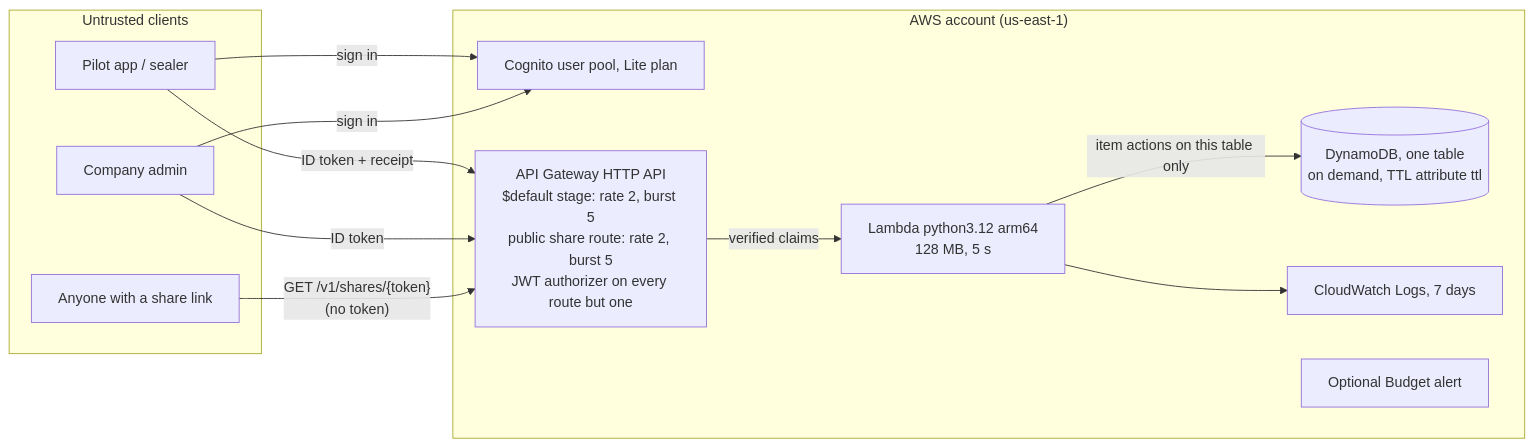
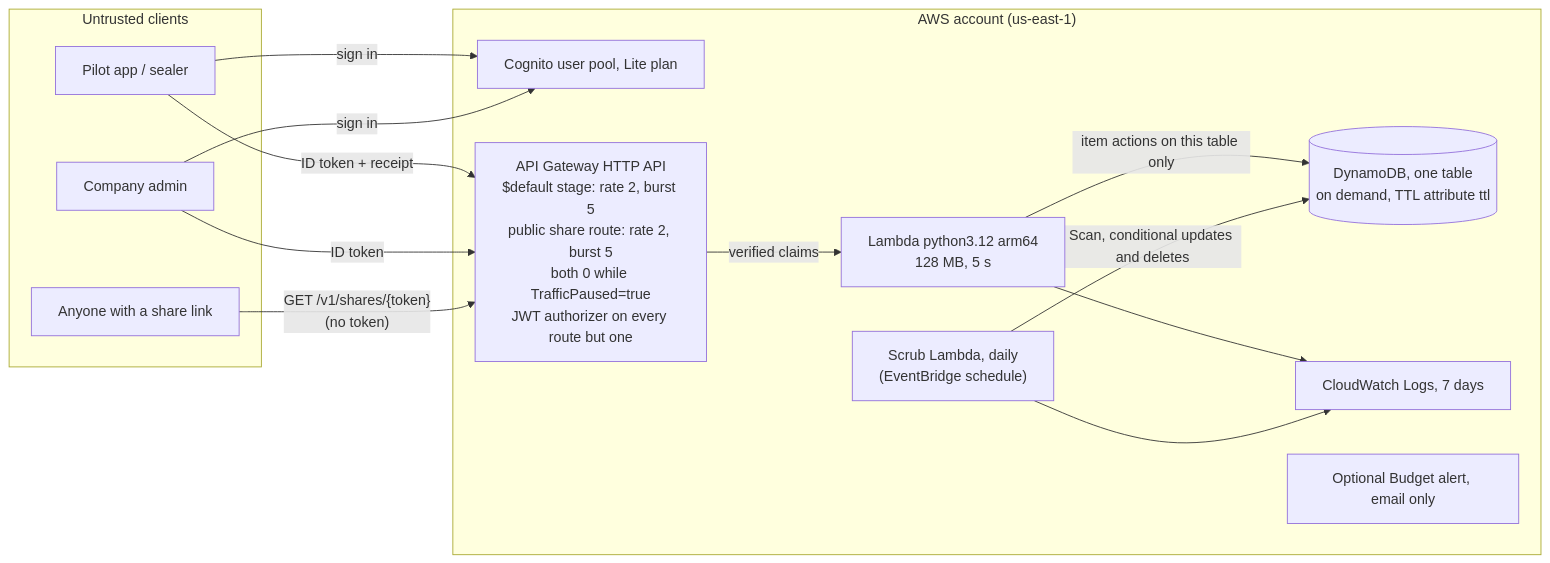
One commit to anirudh763/flightseal changed the diagram in docs/aws/ARCHITECTURE_AWS.md. Above: the diagram before and after it, drawn with Mermaid. The commit also changed other lines of this file and 23 other files, not shown here.

First line of the commit message:
feat(registry): 90-day actor-ID scrub, reversible traffic pause, share list and withdraw by id

````diff
--- a/docs/aws/ARCHITECTURE_AWS.md
+++ b/docs/aws/ARCHITECTURE_AWS.md
@@ -14,24 +14,27 @@
 ```mermaid
 flowchart LR
   subgraph Client["Untrusted clients"]
     P[Pilot app / sealer]
     A[Company admin]
     V[Anyone with a share link]
   end
   subgraph AWS["AWS account (us-east-1)"]
     C[Cognito user pool, Lite plan]
-    G["API Gateway HTTP API<br/>$default stage: rate 2, burst 5<br/>public share route: rate 2, burst 5<br/>JWT authorizer on every route but one"]
+    G["API Gateway HTTP API<br/>$default stage: rate 2, burst 5<br/>public share route: rate 2, burst 5<br/>both 0 while TrafficPaused=true<br/>JWT authorizer on every route but one"]
     L["Lambda python3.12 arm64<br/>128 MB, 5 s"]
     D[("DynamoDB, one table<br/>on demand, TTL attribute ttl")]
+    S["Scrub Lambda, daily<br/>(EventBridge schedule)"]
     W[CloudWatch Logs, 7 days]
-    B[Optional Budget alert]
+    B[Optional Budget alert, email only]
   end
   P -- "sign in" --> C
   A -- "sign in" --> C
   P -- "ID token + receipt" --> G
   A -- "ID token" --> G
   V -- "GET /v1/shares/{token}<br/>(no token)" --> G
   G -- "verified claims" --> L
   L -- "item actions on this table only" --> D
+  S -- "Scan, conditional updates and deletes" --> D
   L --> W
+  S --> W
 ```
````
